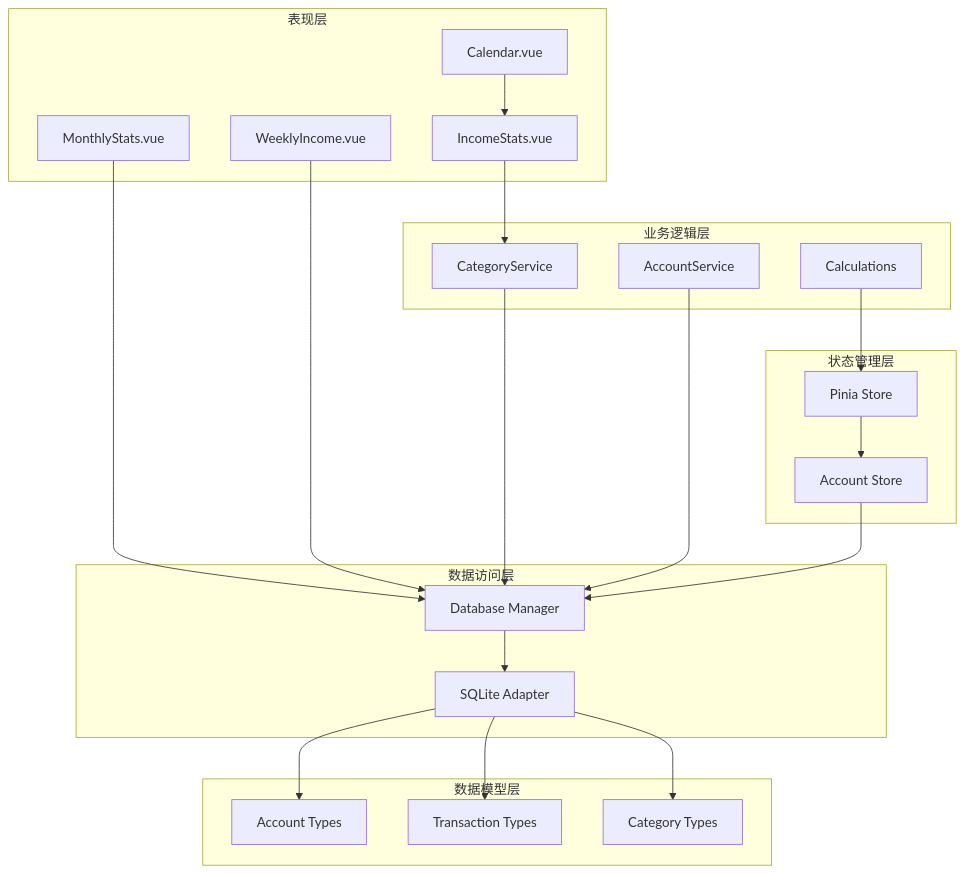
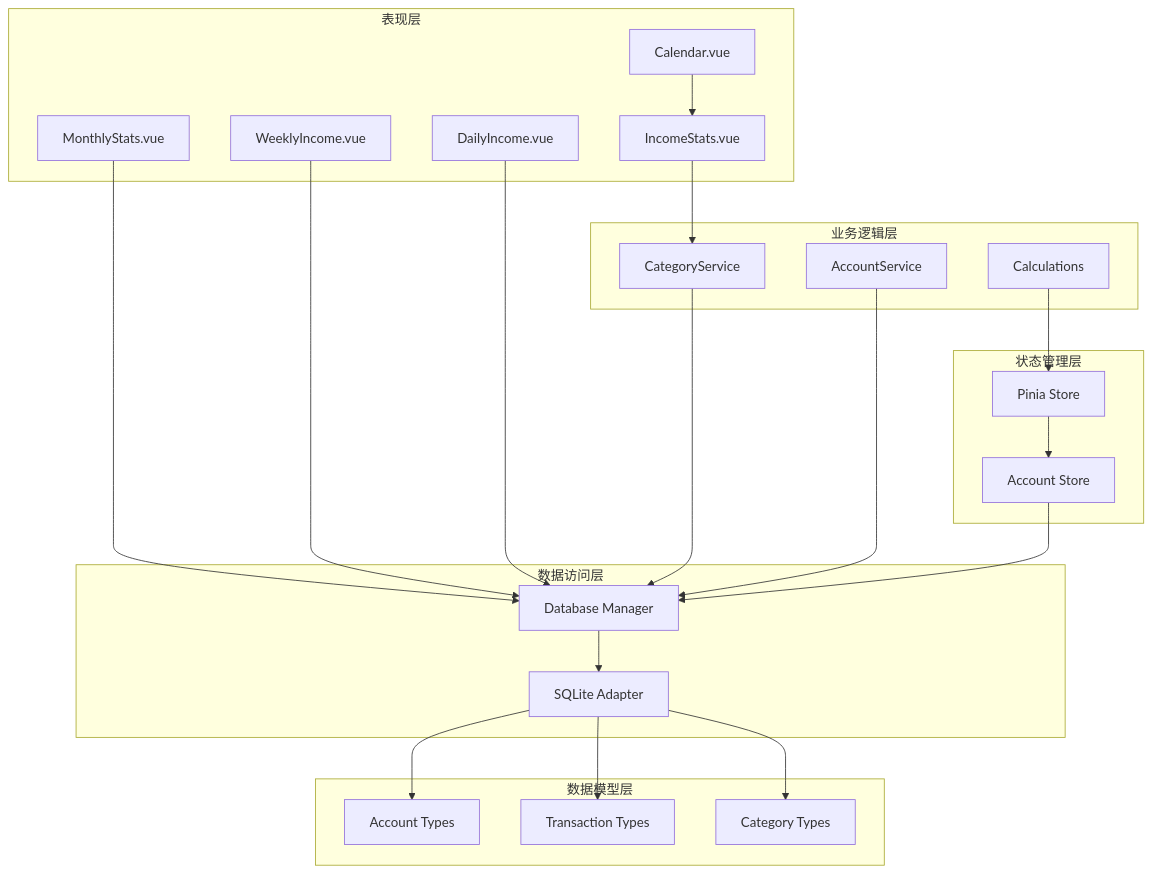
The fourth of 12 diagrams in .qoder/repowiki/zh/content/Income Statistics Analysis.md (xiao-lin-unit/yuan), drawn with Mermaid before and after one commit. The commit also changed other lines of this file and 6 other files, not shown here.

````diff
--- a/.qoder/repowiki/zh/content/Income Statistics Analysis.md
+++ b/.qoder/repowiki/zh/content/Income Statistics Analysis.md
@@ -194,40 +209,42 @@
 ```mermaid
 graph TB
 subgraph "表现层"
 A[IncomeStats.vue]
 B[MonthlyStats.vue]
 C[WeeklyIncome.vue]
-D[Calendar.vue]
+D[DailyIncome.vue]
+E[Calendar.vue]
 end
 subgraph "业务逻辑层"
-E[CategoryService]
-F[AccountService]
-G[Calculations]
+F[CategoryService]
+G[AccountService]
+H[Calculations]
 end
 subgraph "状态管理层"
-H[Pinia Store]
-I[Account Store]
+I[Pinia Store]
+J[Account Store]
 end
 subgraph "数据访问层"
-J[Database Manager]
-K[SQLite Adapter]
+K[Database Manager]
+L[SQLite Adapter]
 end
 subgraph "数据模型层"
-L[Account Types]
-M[Transaction Types]
-N[Category Types]
+M[Account Types]
+N[Transaction Types]
+O[Category Types]
 end
-A --> E
-B --> J
-C --> J
-D --> A
-E --> J
-F --> J
-G --> H
+A --> F
+B --> K
+C --> K
+D --> K
+E --> A
+F --> K
+G --> K
 H --> I
 I --> J
 J --> K
 K --> L
-K --> M
-K --> N
+L --> M
+L --> N
+L --> O
 ```
````
